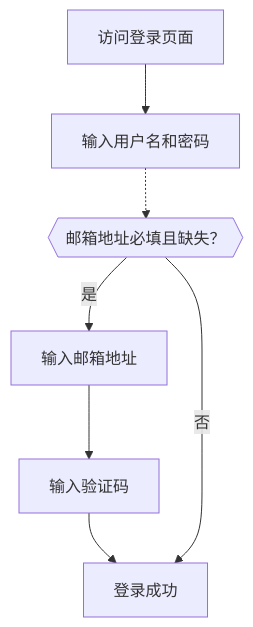
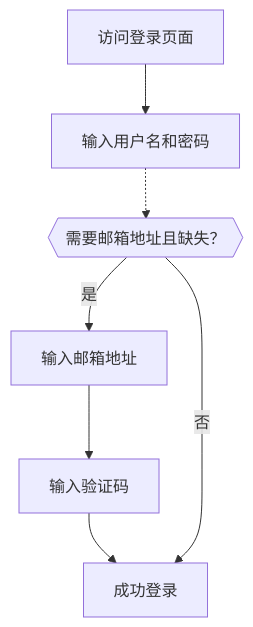
One commit to logto-io/docs changed the diagram in i18n/zh-CN/docusaurus-plugin-content-docs/current/end-user-flows/sign-up-and-sign-in/sign-in.mdx. Above: the diagram before and after it, drawn with Mermaid. The commit also changed other lines of this file and 428 other files, not shown here.

````diff
--- a/i18n/zh-CN/docusaurus-plugin-content-docs/current/end-user-flows/sign-up-and-sign-in/sign-in.mdx
+++ b/i18n/zh-CN/docusaurus-plugin-content-docs/current/end-user-flows/sign-up-and-sign-in/sign-in.mdx
@@ -79,9 +79,9 @@
 ```mermaid
 flowchart TD
     A[访问登录页面] --> B[输入用户名和密码]
-    B -.-> C{{邮箱地址必填且缺失？}}
+    B -.-> C{{需要邮箱地址且缺失？}}
     C -->|是| D[输入邮箱地址]
     D --> E[输入验证码]
-    E --> F[登录成功]
+    E --> F[成功登录]
     C --> |否| F
 ```
````
